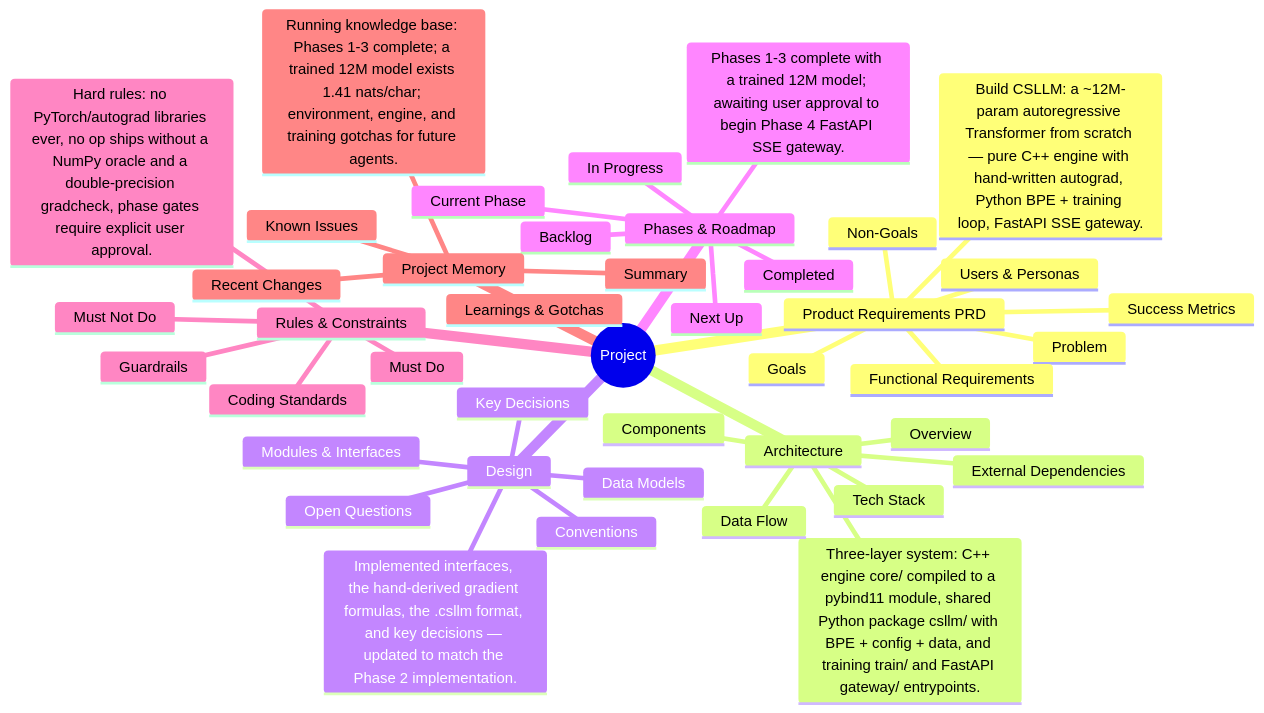
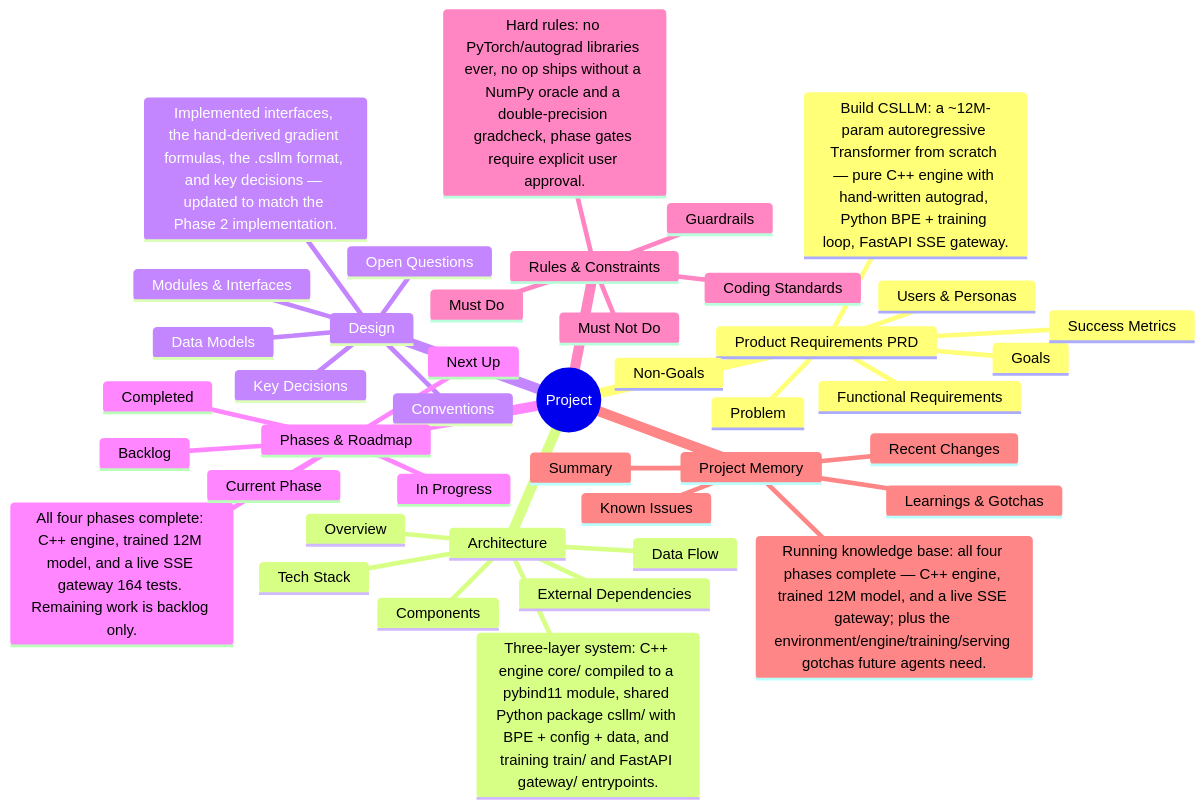
Before and after one commit to emulsazib/csllm-1.0-pro: the diagram in .knbase/mindmap.md, drawn with Mermaid. The commit also changed other lines of this file and 18 other files, not shown here.

Commit message:
Phase 4 Completed With FIRST API

````diff
--- a/.knbase/mindmap.md
+++ b/.knbase/mindmap.md
@@ -5,51 +5,51 @@
 ```mermaid
 mindmap
   root((Project))
     Product Requirements PRD
       ::icon(fa fa-info)
       Build CSLLM: a ~12M-param autoregressive Transformer from scratch — pure C++ engine with hand-written autograd, Python BPE + training loop, FastAPI SSE gateway.
       Problem
       Goals
       Users & Personas
       Functional Requirements
       Non-Goals
       Success Metrics
     Architecture
       ::icon(fa fa-info)
       Three-layer system: C++ engine core/ compiled to a pybind11 module, shared Python package csllm/ with BPE + config + data, and training train/ and FastAPI gateway/ entrypoints.
       Overview
       Components
       Data Flow
       Tech Stack
       External Dependencies
     Design
       ::icon(fa fa-info)
       Implemented interfaces, the hand-derived gradient formulas, the .csllm format, and key decisions — updated to match the Phase 2 implementation.
       Modules & Interfaces
       Key Decisions
       Data Models
       Conventions
       Open Questions
     Phases & Roadmap
       ::icon(fa fa-info)
-      Phases 1-3 complete with a trained 12M model; awaiting user approval to begin Phase 4 FastAPI SSE gateway.
+      All four phases complete: C++ engine, trained 12M model, and a live SSE gateway 164 tests. Remaining work is backlog only.
       Current Phase
       Completed
       In Progress
       Next Up
       Backlog
     Rules & Constraints
       ::icon(fa fa-info)
       Hard rules: no PyTorch/autograd libraries ever, no op ships without a NumPy oracle and a double-precision gradcheck, phase gates require explicit user approval.
       Must Do
       Must Not Do
       Coding Standards
       Guardrails
     Project Memory
       ::icon(fa fa-info)
-      Running knowledge base: Phases 1-3 complete; a trained 12M model exists 1.41 nats/char; environment, engine, and training gotchas for future agents.
+      Running knowledge base: all four phases complete — C++ engine, trained 12M model, and a live SSE gateway; plus the environment/engine/training/serving gotchas future agents need.
       Summary
       Recent Changes
       Learnings & Gotchas
       Known Issues
 ```
````
